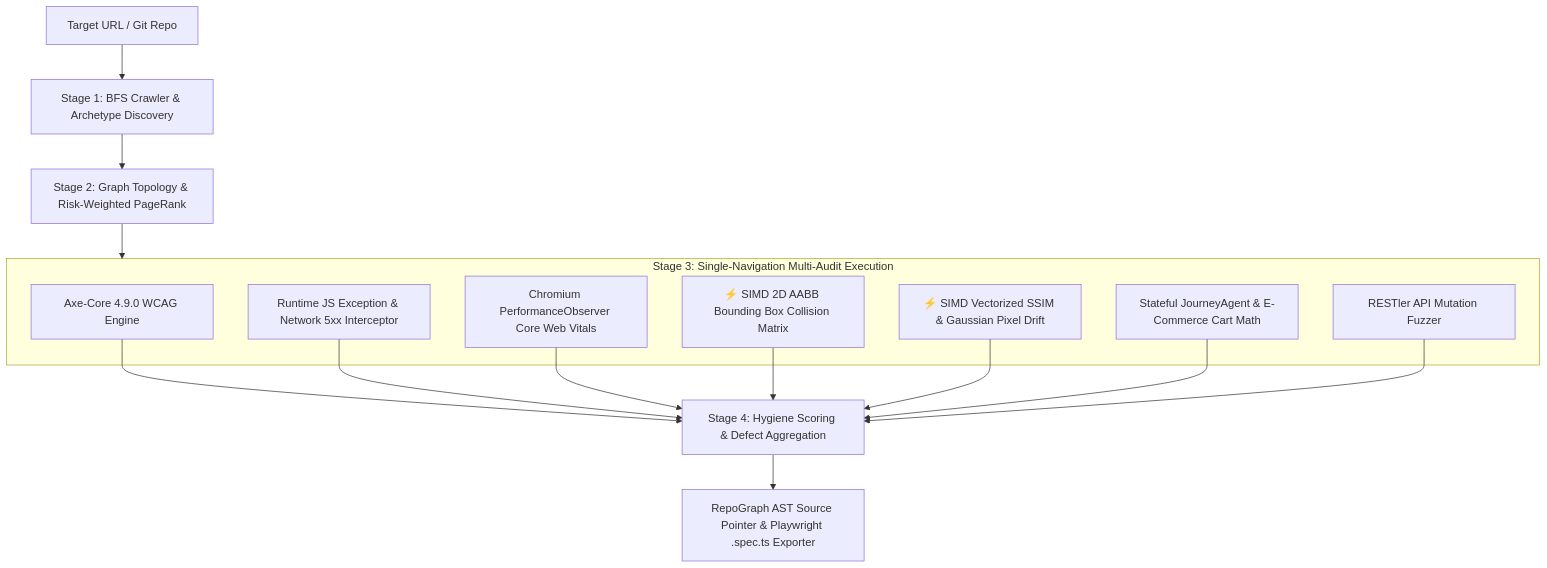
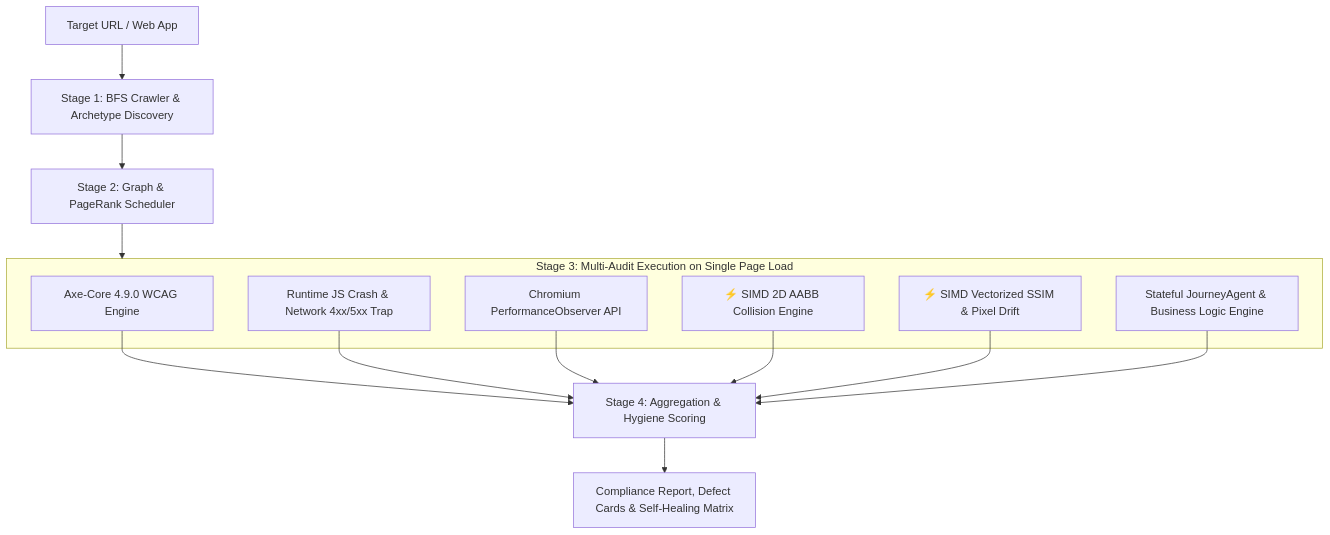
The first of 9 diagrams in README.md (rohith2157/BUGZERO), drawn with Mermaid before and after one commit. The commit also changed other lines of this file, not shown here.

Commit message:
docs: restore full comprehensive architecture deep-dive and enrich with next-gen research capabilities

````diff
--- a/README.md
+++ b/README.md
@@ -111,25 +75,23 @@
 ```mermaid
 flowchart TD
-    A[Target URL / Git Repo] --> B[Stage 1: BFS Crawler & Archetype Discovery]
-    B --> C[Stage 2: Graph Topology & Risk-Weighted PageRank]
+    A[Target URL / Web App] --> B[Stage 1: BFS Crawler & Archetype Discovery]
+    B --> C[Stage 2: Graph & PageRank Scheduler]
     C --> D[Stage 3: Single-Navigation Multi-Audit Engine]
   
-    subgraph D [Stage 3: Single-Navigation Multi-Audit Execution]
+    subgraph D [Stage 3: Multi-Audit Execution on Single Page Load]
         D1[Axe-Core 4.9.0 WCAG Engine]
-        D2[Runtime JS Exception & Network 5xx Interceptor]
-        D3[Chromium PerformanceObserver Core Web Vitals]
-        D4[⚡ SIMD 2D AABB Bounding Box Collision Matrix]
-        D5[⚡ SIMD Vectorized SSIM & Gaussian Pixel Drift]
-        D6[Stateful JourneyAgent & E-Commerce Cart Math]
-        D7[RESTler API Mutation Fuzzer]
+        D2[Runtime JS Crash & Network 4xx/5xx Trap]
+        D3[Chromium PerformanceObserver API]
+        D4[⚡ SIMD 2D AABB Collision Engine]
+        D5[⚡ SIMD Vectorized SSIM & Pixel Drift]
+        D6[Stateful JourneyAgent & Business Logic Engine]
     end
   
-    D1 --> E[Stage 4: Hygiene Scoring & Defect Aggregation]
+    D1 --> E[Stage 4: Aggregation & Hygiene Scoring]
     D2 --> E
     D3 --> E
     D4 --> E
     D5 --> E
     D6 --> E
-    D7 --> E
-    E --> F[RepoGraph AST Source Pointer & Playwright .spec.ts Exporter]
+    E --> F[Compliance Report, Defect Cards & Self-Healing Matrix]
 ```
````
